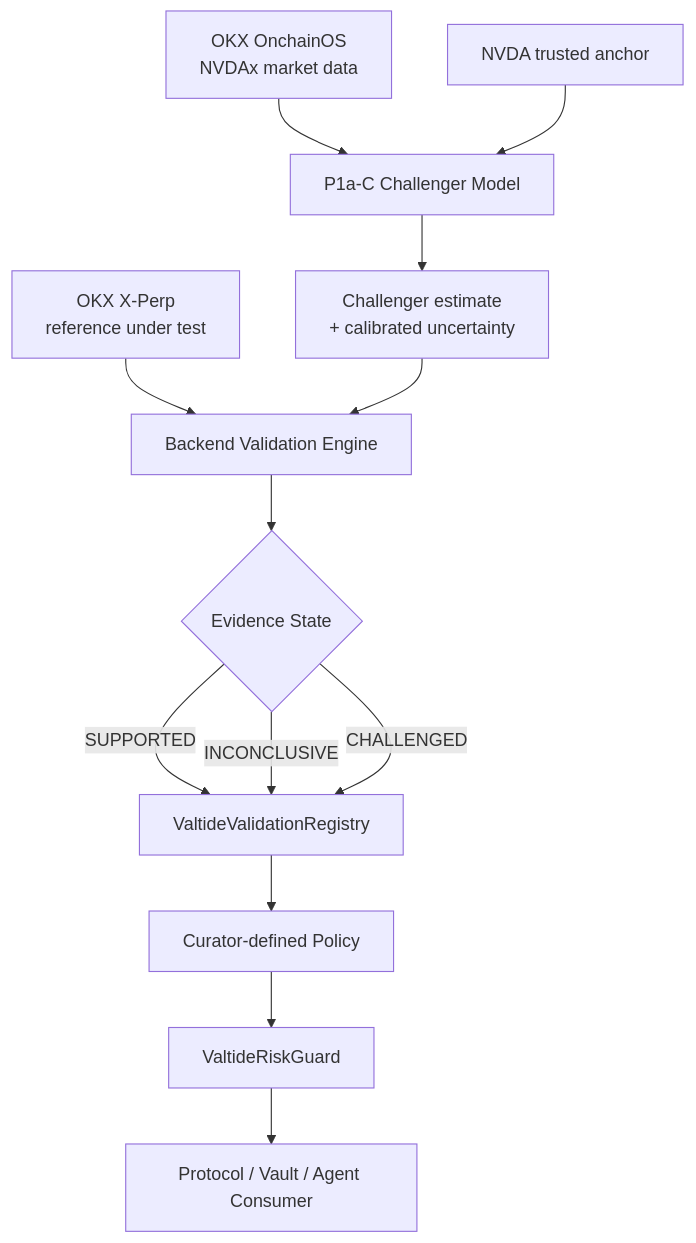
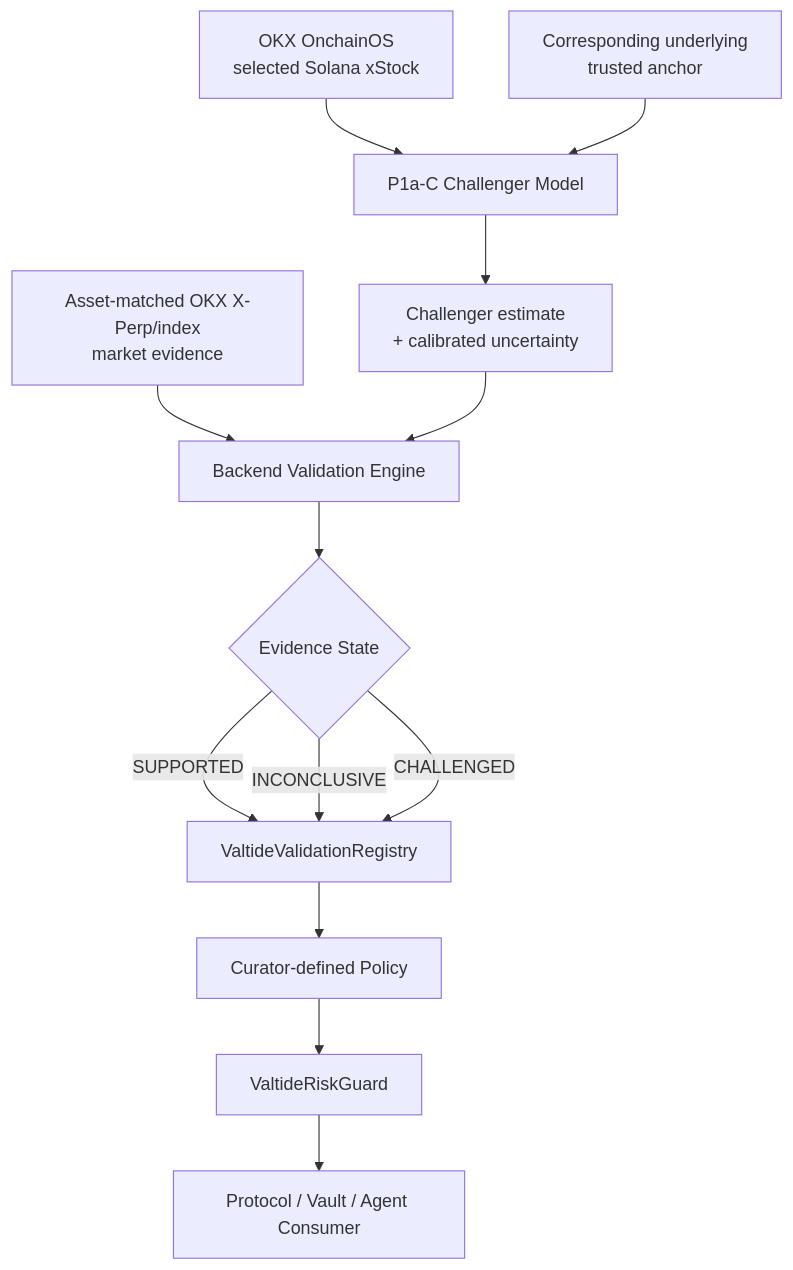
One commit to chin0312/valtide changed the first of 2 diagrams in README.md. Above: the diagram before and after it, drawn with Mermaid. The commit also changed other lines of this file and 46 other files, not shown here.

````diff
--- a/README.md
+++ b/README.md
@@ -49,19 +52,19 @@
 ```mermaid
 flowchart TD
-    A[OKX OnchainOS<br/>NVDAx market data]
-    B[NVDA trusted anchor]
-    C[OKX X-Perp<br/>reference under test]
+    A[OKX OnchainOS<br/>selected Solana xStock]
+    B[Corresponding underlying<br/>trusted anchor]
+    C[Asset-matched OKX X-Perp/index<br/>market evidence]
 
     A --> D[P1a-C Challenger Model]
     B --> D
     D --> E[Challenger estimate<br/>+ calibrated uncertainty]
     C --> F[Backend Validation Engine]
     E --> F
     F --> G{Evidence State}
     G -->|SUPPORTED| H[ValtideValidationRegistry]
     G -->|INCONCLUSIVE| H
     G -->|CHALLENGED| H
     H --> I[Curator-defined Policy]
     I --> J[ValtideRiskGuard]
     J --> K[Protocol / Vault / Agent Consumer]
 ```
````
